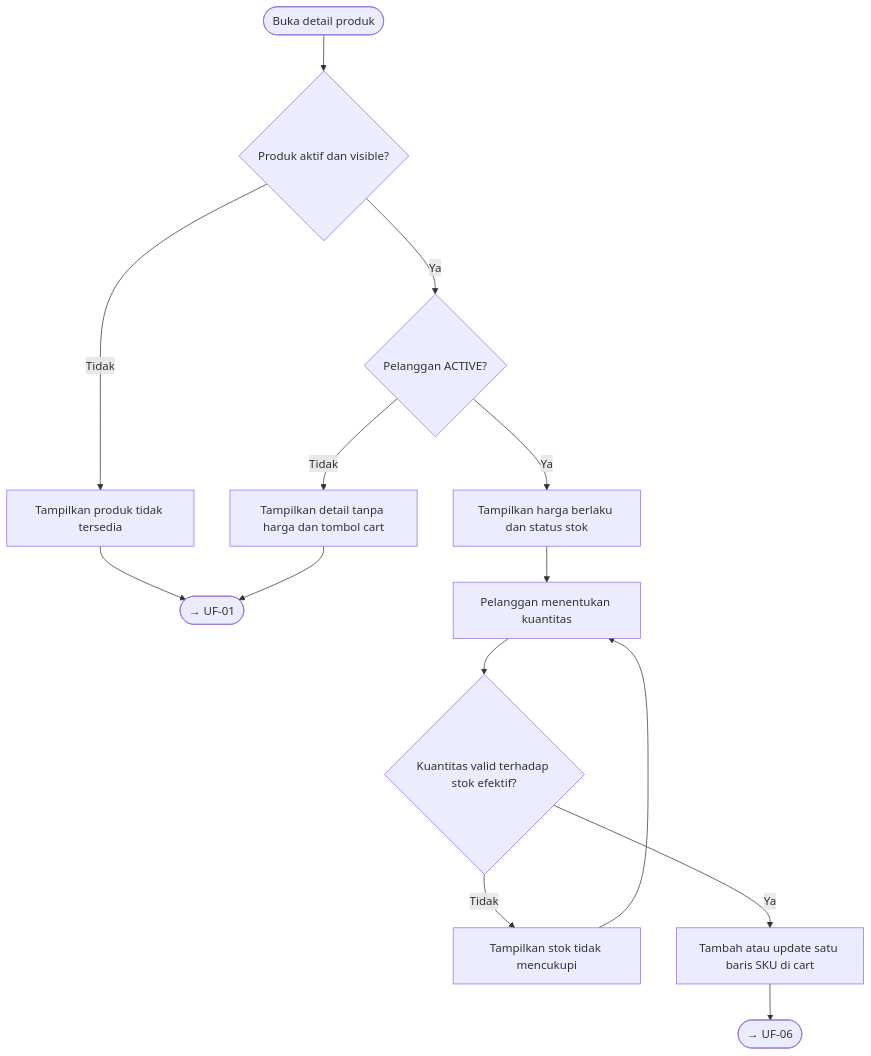
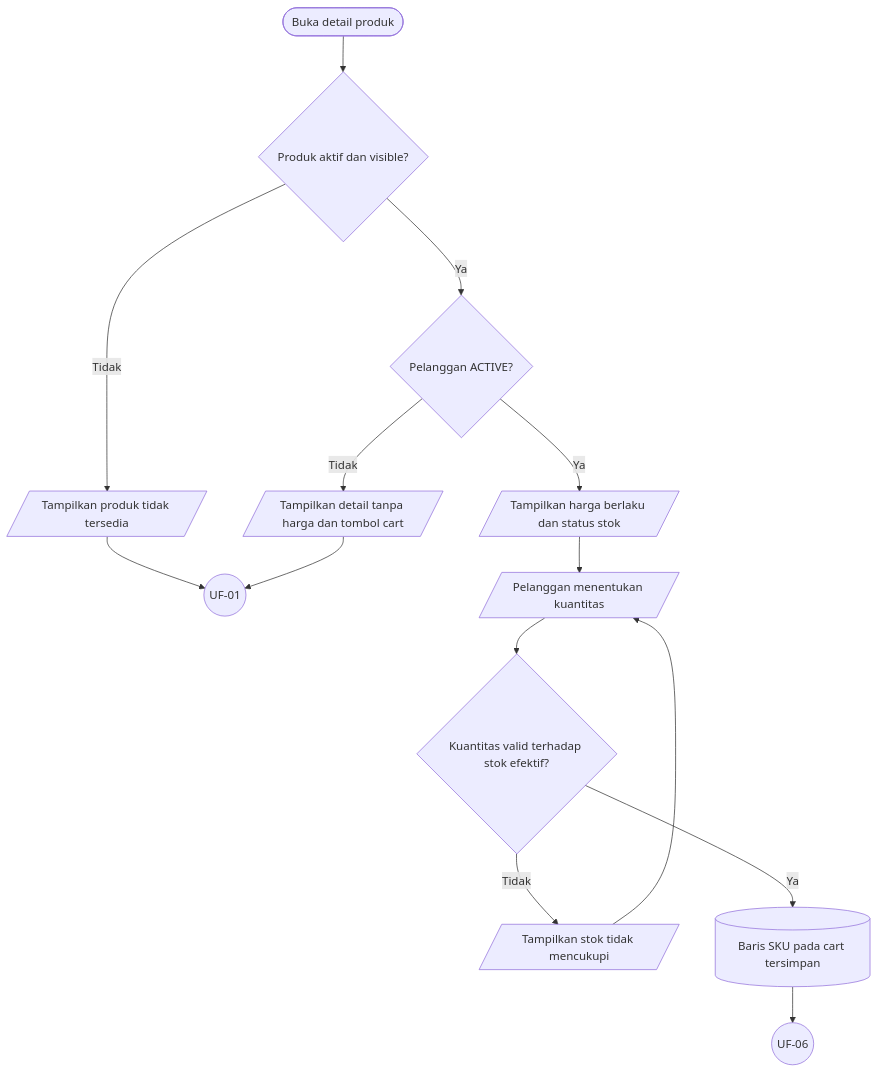
The fifth of 18 diagrams in docs/design/USER_FLOWS.md (Webekspres/pixel-komunika), drawn with Mermaid before and after one commit. The commit also changed other lines of this file, not shown here.

Commit message:
docs: standardize user flow notation

````diff
--- a/docs/design/USER_FLOWS.md
+++ b/docs/design/USER_FLOWS.md
@@ -155,19 +179,19 @@
 ```mermaid
 flowchart TD
-    A([Buka detail produk]) --> B{"Produk aktif dan visible?"}
-    B -->|Tidak| C["Tampilkan produk tidak tersedia"]
-    C --> C_UF01(["→ UF-01"])
+    A(["Buka detail produk"]) --> B{"Produk aktif dan visible?"}
+    B -->|Tidak| C[/"Tampilkan produk tidak tersedia"/]
+    C --> C_UF01((UF-01))
     B -->|Ya| D{"Pelanggan ACTIVE?"}
-    D -->|Tidak| E["Tampilkan detail tanpa harga dan tombol cart"]
+    D -->|Tidak| E[/"Tampilkan detail tanpa harga dan tombol cart"/]
     E --> C_UF01
-    D -->|Ya| F["Tampilkan harga berlaku dan status stok"]
-    F --> G["Pelanggan menentukan kuantitas"]
+    D -->|Ya| F[/"Tampilkan harga berlaku dan status stok"/]
+    F --> G[/"Pelanggan menentukan kuantitas"/]
     G --> H{"Kuantitas valid terhadap stok efektif?"}
-    H -->|Tidak| I["Tampilkan stok tidak mencukupi"]
+    H -->|Tidak| I[/"Tampilkan stok tidak mencukupi"/]
     I --> G
-    H -->|Ya| J["Tambah atau update satu baris SKU di cart"]
-    J --> C_UF06(["→ UF-06"])
+    H -->|Ya| J[("Baris SKU pada cart tersimpan")]
+    J --> C_UF06((UF-06))
 
     click C_UF01 "#uf-01-akses-katalog-publik"
     click C_UF06 "#uf-06-rekalkulasi-harga-dan-pph-22"
 ```
````
